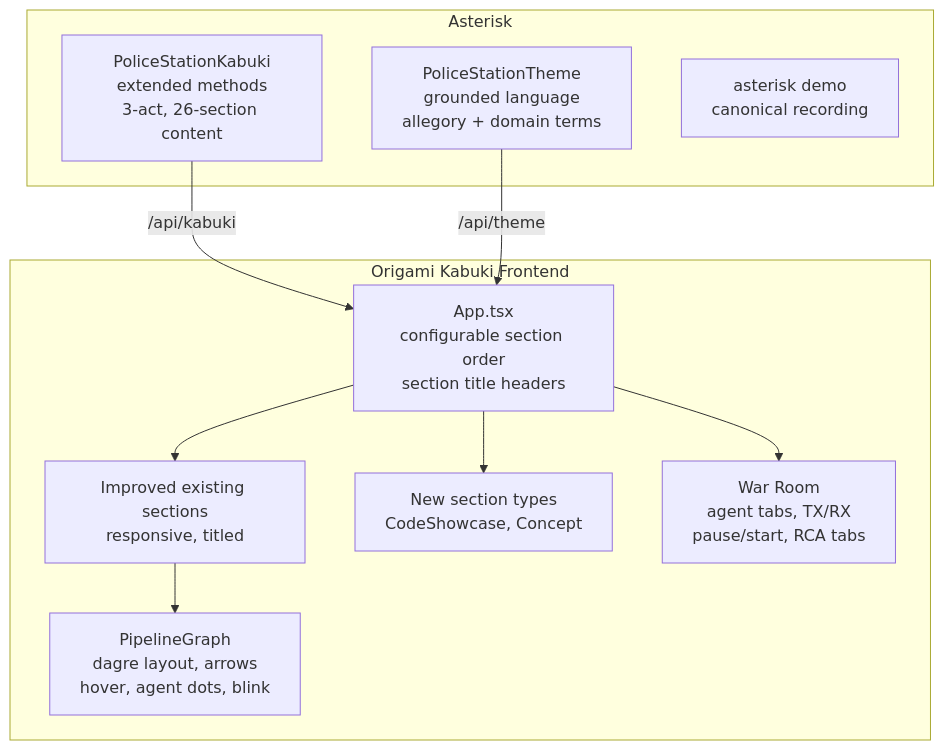
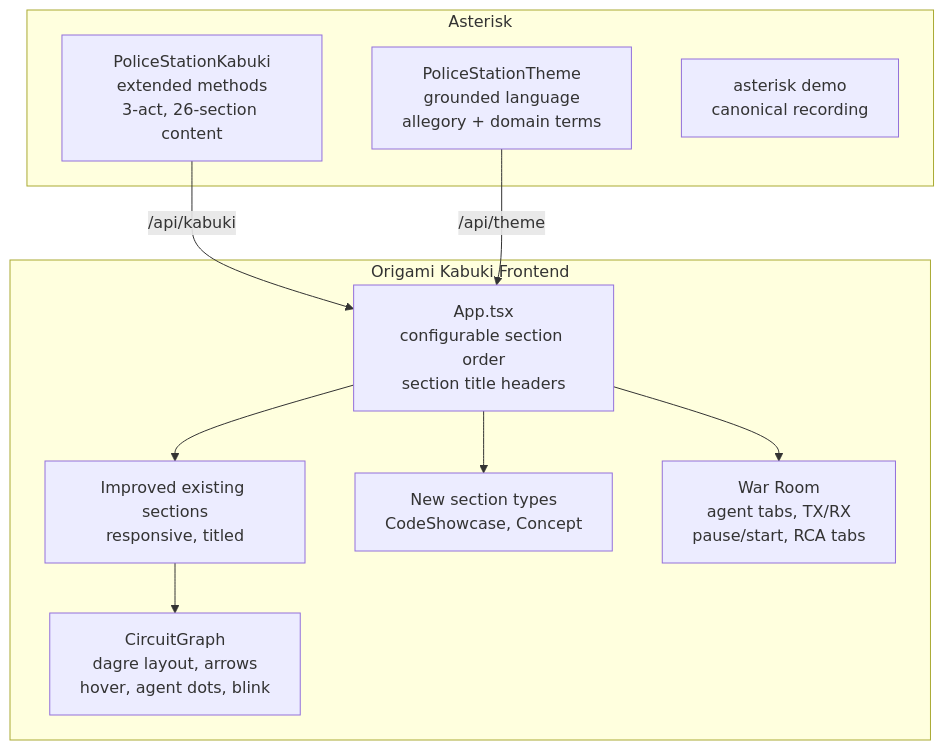
Before and after one commit to dpopsuev/asterisk: the second of 3 diagrams in .cursor/contracts/completed/polishing/improve-asterisk-kabuki-demo.md, drawn with Mermaid. The commit also changed other lines of this file and 184 other files, not shown here.

First line of the commit message:
refactor: pipeline→circuit rename + rca-pure-dsl Phase 3-4 advance

````diff
--- a/.cursor/contracts/completed/polishing/improve-asterisk-kabuki-demo.md
+++ b/.cursor/contracts/completed/polishing/improve-asterisk-kabuki-demo.md
@@ -62,23 +62,23 @@
 ```mermaid
 flowchart TB
     subgraph asterisk2 [Asterisk]
         Kabuki2["PoliceStationKabuki\nextended methods\n3-act, 26-section content"]
         Theme2["PoliceStationTheme\ngrounded language\nallegory + domain terms"]
         CLI2["asterisk demo\ncanonical recording"]
     end
 
     subgraph origami2 [Origami Kabuki Frontend]
         App2["App.tsx\nconfigurable section order\nsection title headers"]
         OldSections["Improved existing sections\nresponsive, titled"]
         NewSections["New section types\nCodeShowcase, Concept"]
-        Graph2["PipelineGraph\ndagre layout, arrows\nhover, agent dots, blink"]
+        Graph2["CircuitGraph\ndagre layout, arrows\nhover, agent dots, blink"]
         WarRoom["War Room\nagent tabs, TX/RX\npause/start, RCA tabs"]
     end
 
     Kabuki2 -->|"/api/kabuki"| App2
     Theme2 -->|"/api/theme"| App2
     App2 --> OldSections
     App2 --> NewSections
     App2 --> WarRoom
     OldSections --> Graph2
 ```
````
